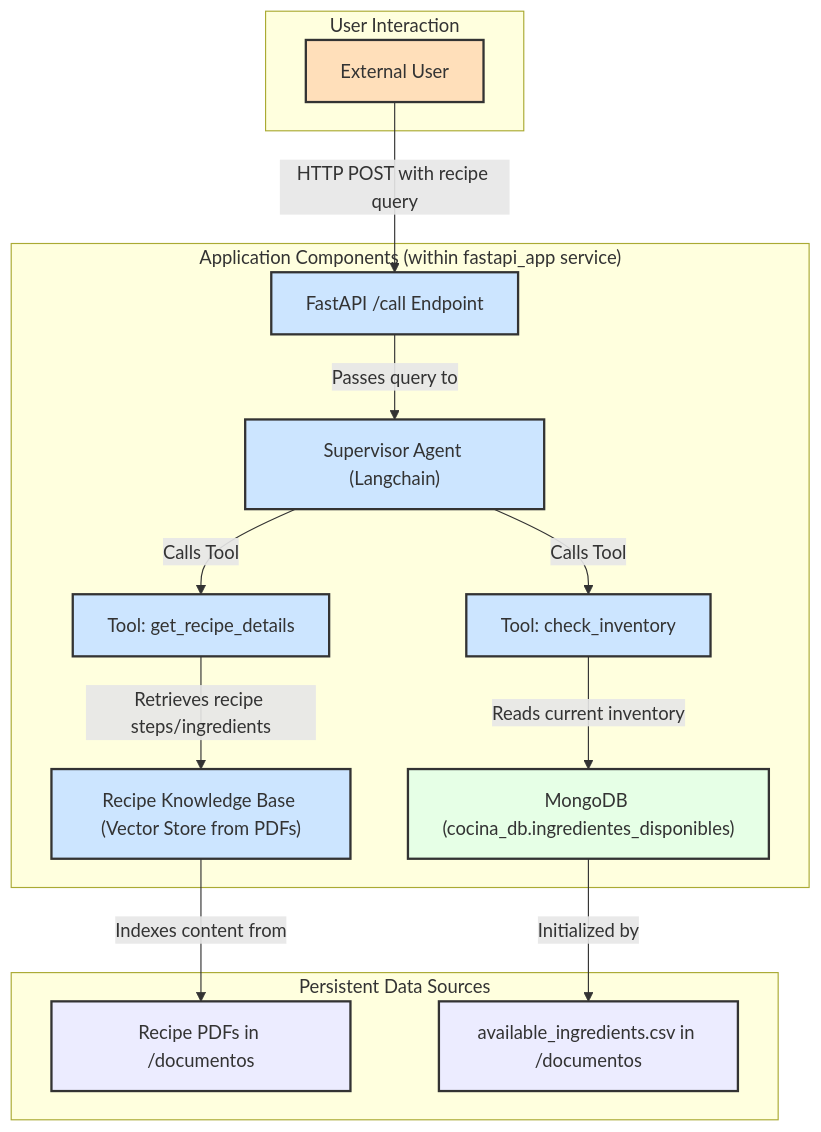
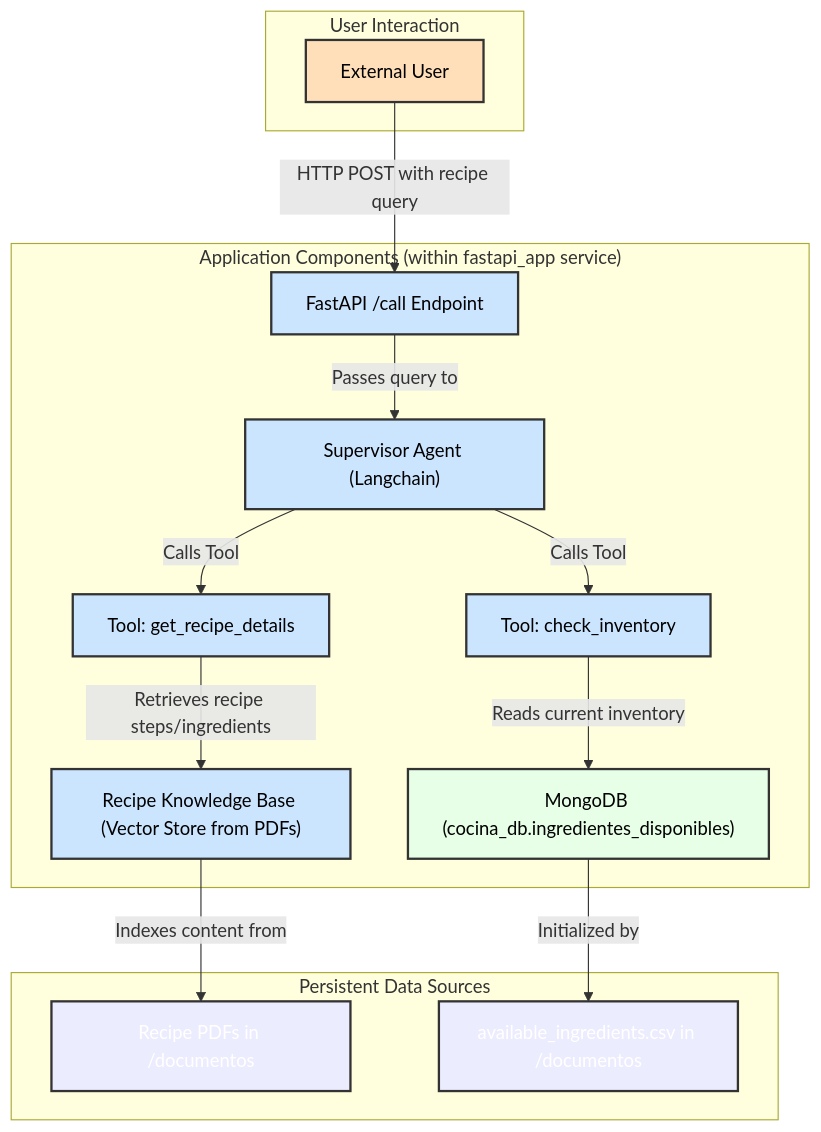
The diagram in Readme.md (esteban-rj/MultiAgentTransaction), drawn with Mermaid before and after one commit. The commit also changed other lines of this file and 1 other file, not shown here.

````diff
--- a/Readme.md
+++ b/Readme.md
@@ -1,39 +24,39 @@
 ```mermaid
 graph TD
     subgraph "User Interaction"
         User["External User"]
     end
 
     subgraph "Application Components (within fastapi_app service)"
         APIServer["FastAPI /call Endpoint"]
         SupervisorAgent["Supervisor Agent (Langchain)"]
         ToolCheckInventory["Tool: check_inventory"]
         ToolGetRecipe["Tool: get_recipe_details"]
         RecipeKnowledgeBase["Recipe Knowledge Base (Vector Store from PDFs)"]
         MongoDB["MongoDB (cocina_db.ingredientes_disponibles)"]
     end
 
     subgraph "Persistent Data Sources"
         RecipePDFs["Recipe PDFs in /documentos"]
         AvailableIngredientsCSV["available_ingredients.csv in /documentos"]
     end
 
     User -->|"HTTP POST with recipe query"| APIServer;
     APIServer -->|"Passes query to"| SupervisorAgent;
     SupervisorAgent -->|"Calls Tool"| ToolCheckInventory;
     ToolCheckInventory -->|"Reads current inventory"| MongoDB;
     SupervisorAgent -->|"Calls Tool"| ToolGetRecipe;
     ToolGetRecipe -->|"Retrieves recipe steps/ingredients"| RecipeKnowledgeBase;
 
     RecipeKnowledgeBase --"Indexes content from"--> RecipePDFs;
     MongoDB --"Initialized by"--> AvailableIngredientsCSV;
 
-    classDef user fill:#ffdfba,stroke:#333,stroke-width:2px;
+    classDef user fill:#ffdfba,stroke:#333,stroke-width:2px,color:#000;
     class User user;
-    classDef app fill:#cce5ff,stroke:#333,stroke-width:2px;
+    classDef app fill:#cce5ff,stroke:#333,stroke-width:2px,color:#000;
     class APIServer,SupervisorAgent,ToolCheckInventory,ToolGetRecipe,RecipeKnowledgeBase app;
-    classDef service fill:#e6ffe6,stroke:#333,stroke-width:2px;
+    classDef service fill:#e6ffe6,stroke:#333,stroke-width:2px,color:#000;
     class MongoDB, service;
-    classDef datastyle fill:#lightgrey,stroke:#333,stroke-width:2px;
+    classDef datastyle fill:#lightgrey,stroke:#333,stroke-width:2px,color:#FFF;
     class RecipePDFs,AvailableIngredientsCSV datastyle;
 ``` 
````
